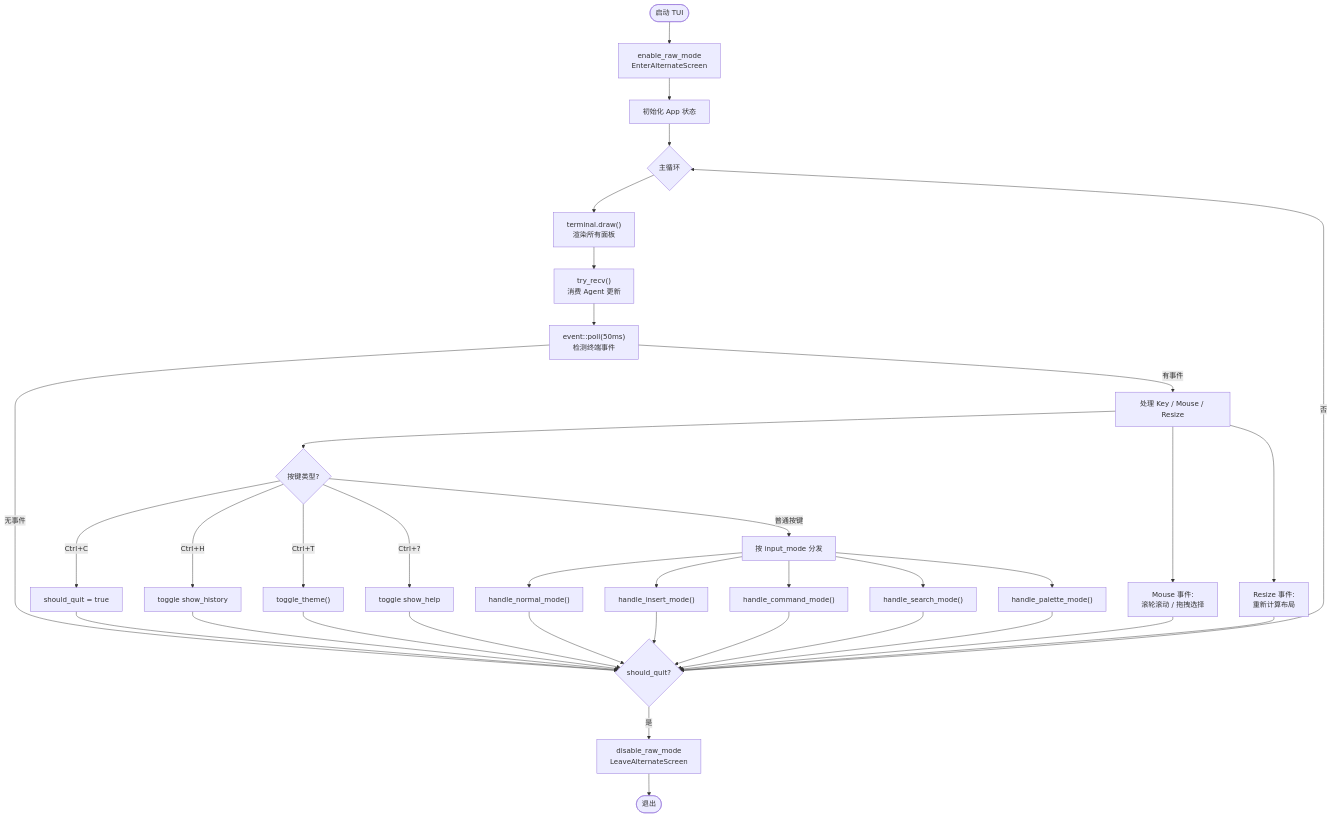
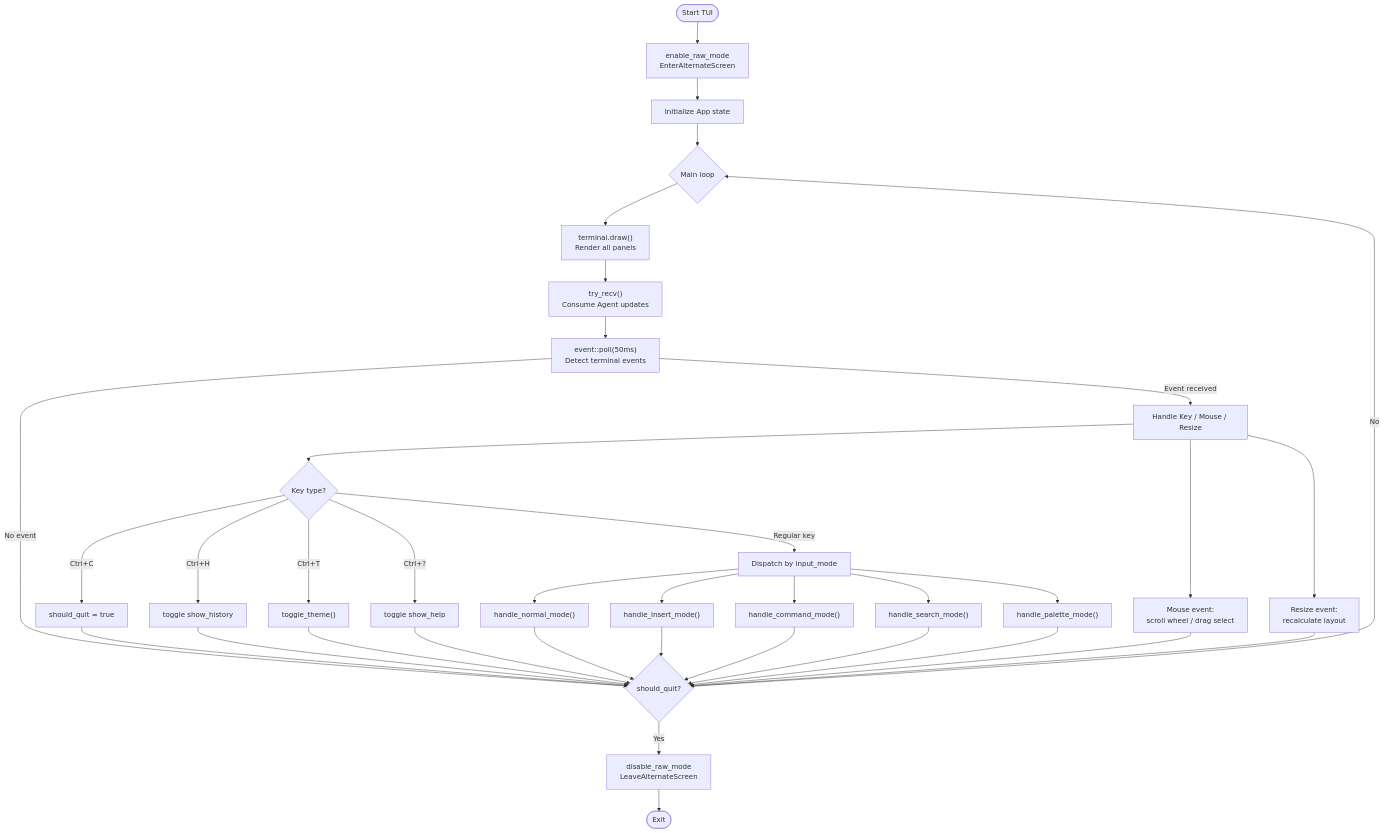
One commit to Rg0x80/tact changed the sixth of 8 diagrams in ARCHITECTURE.md. Above: the diagram before and after it, drawn with Mermaid. The commit also changed other lines of this file and 50 other files, not shown here.

````diff
--- a/ARCHITECTURE.md
+++ b/ARCHITECTURE.md
@@ -176,45 +176,45 @@
 ```mermaid
 flowchart TD
-    Start([启动 TUI]) --> Init["enable_raw_mode<br/>EnterAlternateScreen"]
-    Init --> InitApp["初始化 App 状态"]
-    InitApp --> LoopStart{主循环}
+    Start([Start TUI]) --> Init["enable_raw_mode<br/>EnterAlternateScreen"]
+    Init --> InitApp["Initialize App state"]
+    InitApp --> LoopStart{Main loop}
 
-    LoopStart --> Draw["terminal.draw()<br/>渲染所有面板"]
-    Draw --> PollAgent["try_recv()<br/>消费 Agent 更新"]
-    PollAgent --> PollEvent["event::poll(50ms)<br/>检测终端事件"]
+    LoopStart --> Draw["terminal.draw()<br/>Render all panels"]
+    Draw --> PollAgent["try_recv()<br/>Consume Agent updates"]
+    PollAgent --> PollEvent["event::poll(50ms)<br/>Detect terminal events"]
 
-    PollEvent -- "无事件" --> CheckQuit{should_quit?}
-    PollEvent -- "有事件" --> HandleEvent["处理 Key / Mouse / Resize"]
+    PollEvent -- "No event" --> CheckQuit{should_quit?}
+    PollEvent -- "Event received" --> HandleEvent["Handle Key / Mouse / Resize"]
 
-    HandleEvent --> KeyCheck{按键类型?}
+    HandleEvent --> KeyCheck{Key type?}
     KeyCheck -- "Ctrl+C" --> SetQuit["should_quit = true"]
     KeyCheck -- "Ctrl+H" --> ToggleHist["toggle show_history"]
     KeyCheck -- "Ctrl+T" --> ToggleTheme["toggle_theme()"]
     KeyCheck -- "Ctrl+?" --> ToggleHelp["toggle show_help"]
-    KeyCheck -- "普通按键" --> ModeDispatch["按 input_mode 分发"]
+    KeyCheck -- "Regular key" --> ModeDispatch["Dispatch by input_mode"]
 
     ModeDispatch --> Normal["handle_normal_mode()"]
     ModeDispatch --> Insert["handle_insert_mode()"]
     ModeDispatch --> Command["handle_command_mode()"]
     ModeDispatch --> Search["handle_search_mode()"]
     ModeDispatch --> Palette["handle_palette_mode()"]
 
-    HandleEvent --> Mouse["Mouse 事件:<br/>滚轮滚动 / 拖拽选择"]
-    HandleEvent --> Resize["Resize 事件:<br/>重新计算布局"]
+    HandleEvent --> Mouse["Mouse event:<br/>scroll wheel / drag select"]
+    HandleEvent --> Resize["Resize event:<br/>recalculate layout"]
 
     SetQuit --> CheckQuit
     ToggleHist --> CheckQuit
     ToggleTheme --> CheckQuit
     ToggleHelp --> CheckQuit
     Normal --> CheckQuit
     Insert --> CheckQuit
     Command --> CheckQuit
     Search --> CheckQuit
     Palette --> CheckQuit
     Mouse --> CheckQuit
     Resize --> CheckQuit
 
-    CheckQuit -- "否" --> LoopStart
-    CheckQuit -- "是" --> Cleanup["disable_raw_mode<br/>LeaveAlternateScreen"]
-    Cleanup --> End([退出])
+    CheckQuit -- "No" --> LoopStart
+    CheckQuit -- "Yes" --> Cleanup["disable_raw_mode<br/>LeaveAlternateScreen"]
+    Cleanup --> End([Exit])
 ```
````
